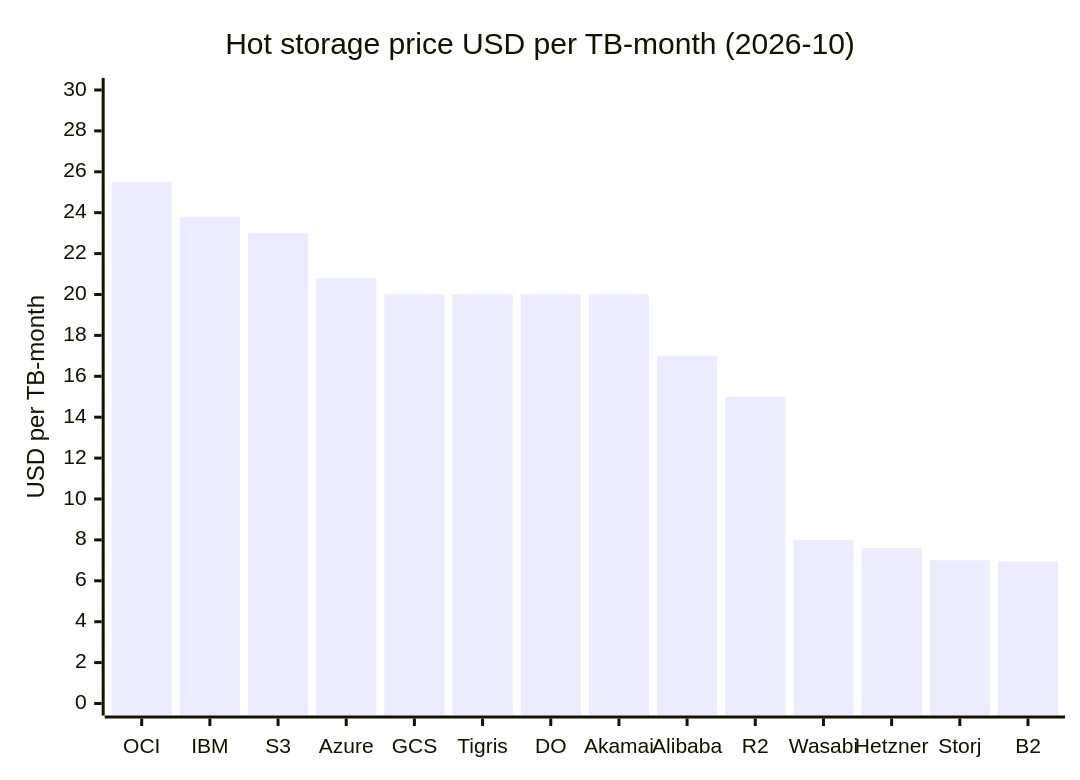
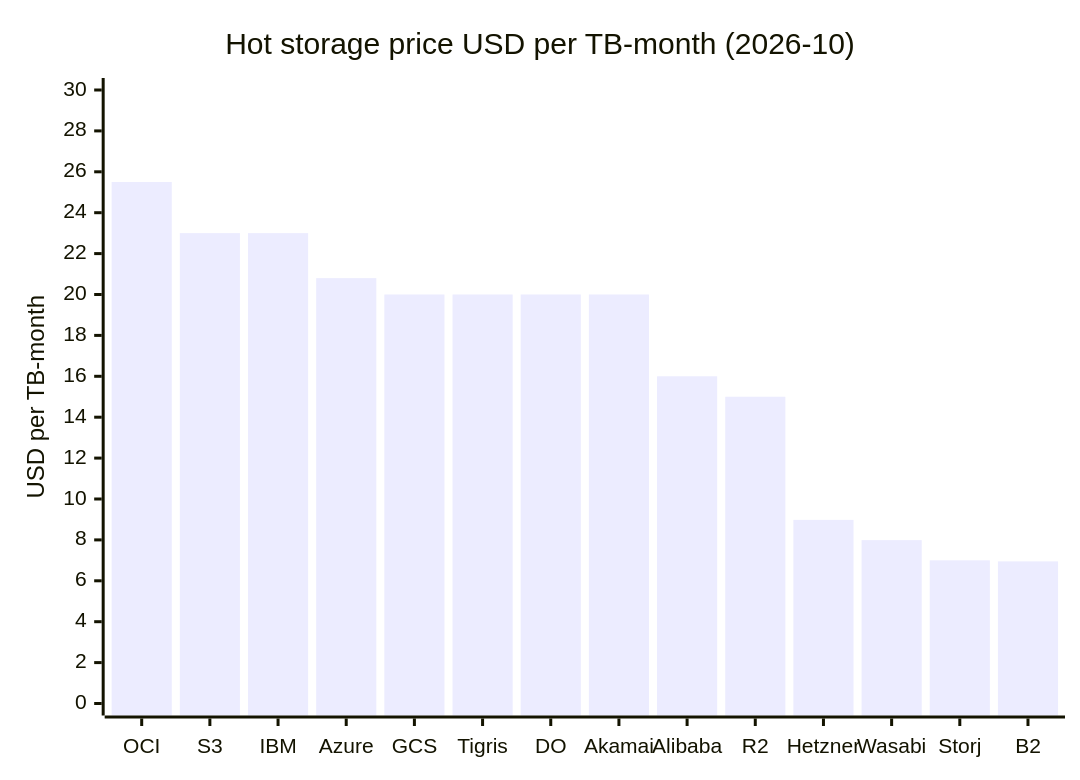
Before and after one commit to 0-draft/s3-atlas: the second of 10 diagrams in docs/en/09-competitors.md, drawn with Mermaid. The commit also changed other lines of this file and 2 other files, not shown here.

Commit message:
docs(competitors): verify GCS, OCI, IBM, Alibaba and Hetzner prices from official sources

````diff
--- a/docs/en/09-competitors.md
+++ b/docs/en/09-competitors.md
@@ -95,7 +96,7 @@
 ```mermaid
 xychart-beta
     title "Hot storage price USD per TB-month (2026-10)"
-    x-axis ["OCI", "IBM", "S3", "Azure", "GCS", "Tigris", "DO", "Akamai", "Alibaba", "R2", "Wasabi", "Hetzner", "Storj", "B2"]
+    x-axis ["OCI", "S3", "IBM", "Azure", "GCS", "Tigris", "DO", "Akamai", "Alibaba", "R2", "Hetzner", "Wasabi", "Storj", "B2"]
     y-axis "USD per TB-month" 0 --> 30
-    bar [25.5, 23.8, 23, 20.8, 20, 20, 20, 20, 17, 15, 7.99, 7.6, 7, 6.95]
+    bar [25.5, 23, 23, 20.8, 20, 20, 20, 20, 16, 15, 8.98, 7.99, 7, 6.95]
 ```
````
